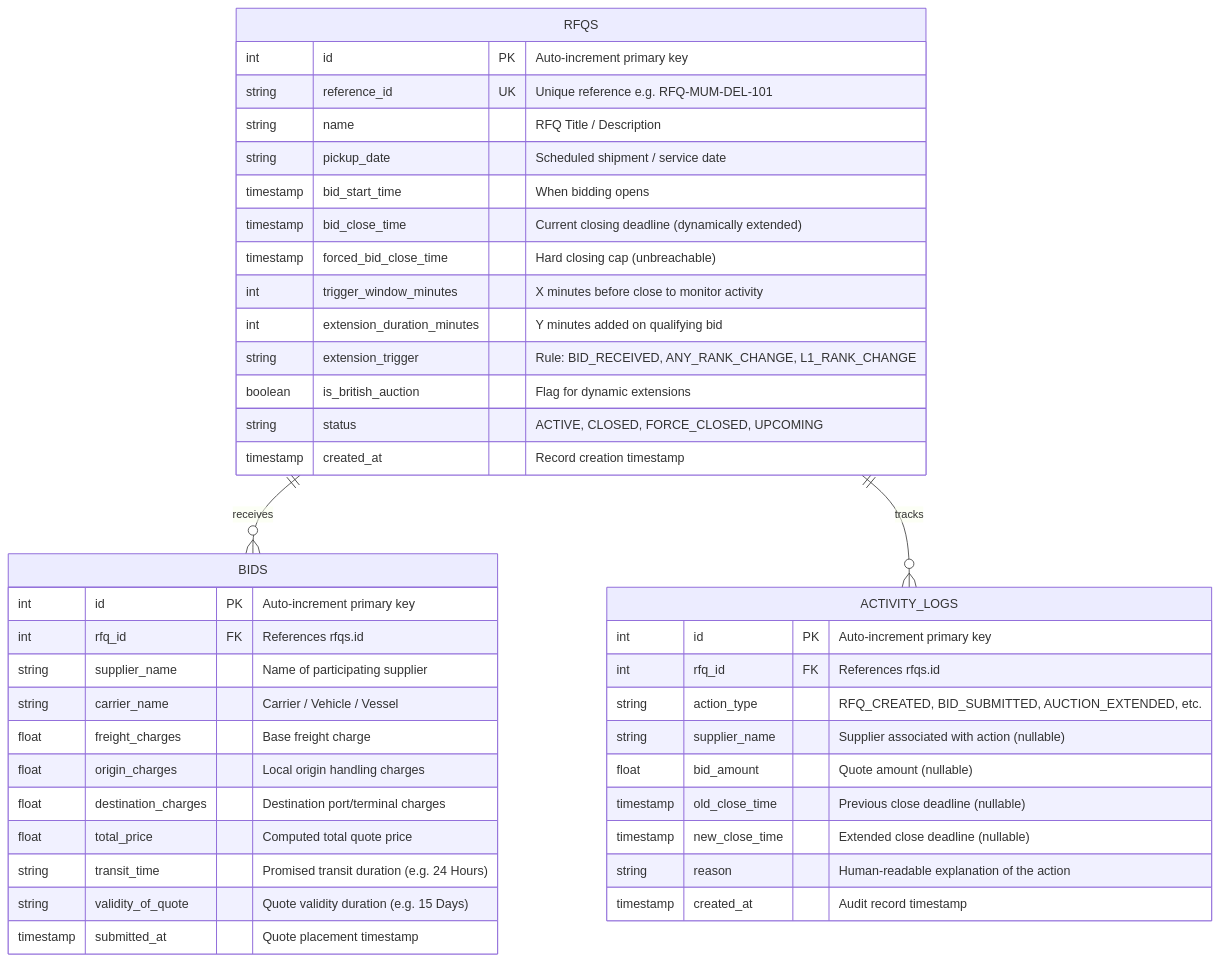
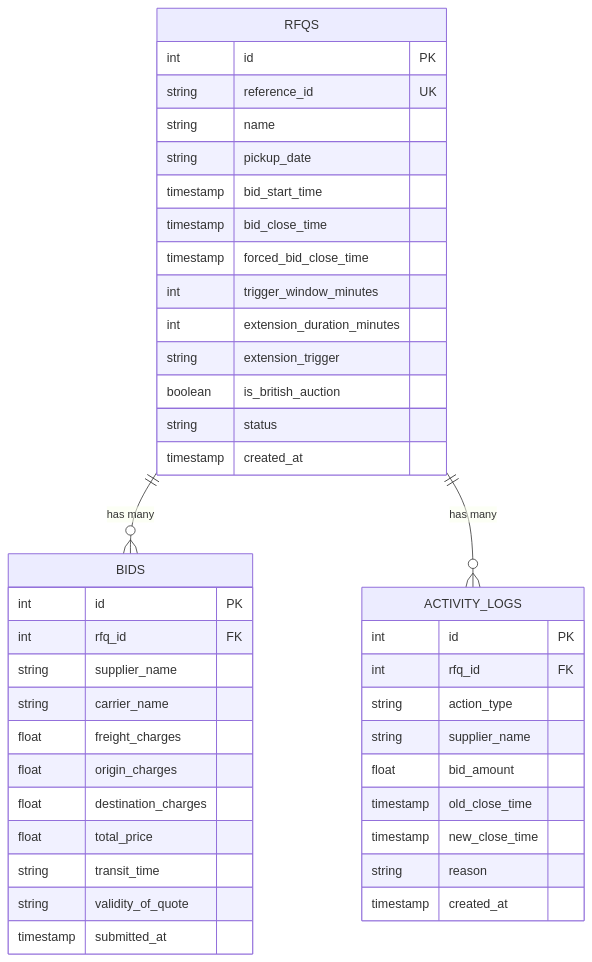
One commit to Navdeep-Singh-03/british-auction-rfq changed the diagram in SCHEMA_DESIGN.md. Above: the diagram before and after it, drawn with Mermaid. The commit also changed other lines of this file and 2 other files, not shown here.

````diff
--- a/SCHEMA_DESIGN.md
+++ b/SCHEMA_DESIGN.md
@@ -5,47 +5,47 @@
 ```mermaid
 erDiagram
-    RFQS ||--o{ BIDS : "receives"
-    RFQS ||--o{ ACTIVITY_LOGS : "tracks"
+    RFQS ||--o{ BIDS : "has many"
+    RFQS ||--o{ ACTIVITY_LOGS : "has many"
 
     RFQS {
-        int id PK "Auto-increment primary key"
-        string reference_id UK "Unique reference e.g. RFQ-MUM-DEL-101"
-        string name "RFQ Title / Description"
-        string pickup_date "Scheduled shipment / service date"
-        timestamp bid_start_time "When bidding opens"
-        timestamp bid_close_time "Current closing deadline (dynamically extended)"
-        timestamp forced_bid_close_time "Hard closing cap (unbreachable)"
-        int trigger_window_minutes "X minutes before close to monitor activity"
-        int extension_duration_minutes "Y minutes added on qualifying bid"
-        string extension_trigger "Rule: BID_RECEIVED, ANY_RANK_CHANGE, L1_RANK_CHANGE"
-        boolean is_british_auction "Flag for dynamic extensions"
-        string status "ACTIVE, CLOSED, FORCE_CLOSED, UPCOMING"
-        timestamp created_at "Record creation timestamp"
+        int id PK
+        string reference_id UK
+        string name
+        string pickup_date
+        timestamp bid_start_time
+        timestamp bid_close_time
+        timestamp forced_bid_close_time
+        int trigger_window_minutes
+        int extension_duration_minutes
+        string extension_trigger
+        boolean is_british_auction
+        string status
+        timestamp created_at
     }
 
     BIDS {
-        int id PK "Auto-increment primary key"
-        int rfq_id FK "References rfqs.id"
-        string supplier_name "Name of participating supplier"
-        string carrier_name "Carrier / Vehicle / Vessel"
-        float freight_charges "Base freight charge"
-        float origin_charges "Local origin handling charges"
-        float destination_charges "Destination port/terminal charges"
-        float total_price "Computed total quote price"
-        string transit_time "Promised transit duration (e.g. 24 Hours)"
-        string validity_of_quote "Quote validity duration (e.g. 15 Days)"
-        timestamp submitted_at "Quote placement timestamp"
+        int id PK
+        int rfq_id FK
+        string supplier_name
+        string carrier_name
+        float freight_charges
+        float origin_charges
+        float destination_charges
+        float total_price
+        string transit_time
+        string validity_of_quote
+        timestamp submitted_at
     }
 
     ACTIVITY_LOGS {
-        int id PK "Auto-increment primary key"
-        int rfq_id FK "References rfqs.id"
-        string action_type "RFQ_CREATED, BID_SUBMITTED, AUCTION_EXTENDED, etc."
-        string supplier_name "Supplier associated with action (nullable)"
-        float bid_amount "Quote amount (nullable)"
-        timestamp old_close_time "Previous close deadline (nullable)"
-        timestamp new_close_time "Extended close deadline (nullable)"
-        string reason "Human-readable explanation of the action"
-        timestamp created_at "Audit record timestamp"
+        int id PK
+        int rfq_id FK
+        string action_type
+        string supplier_name
+        float bid_amount
+        timestamp old_close_time
+        timestamp new_close_time
+        string reason
+        timestamp created_at
     }
 ```
````
